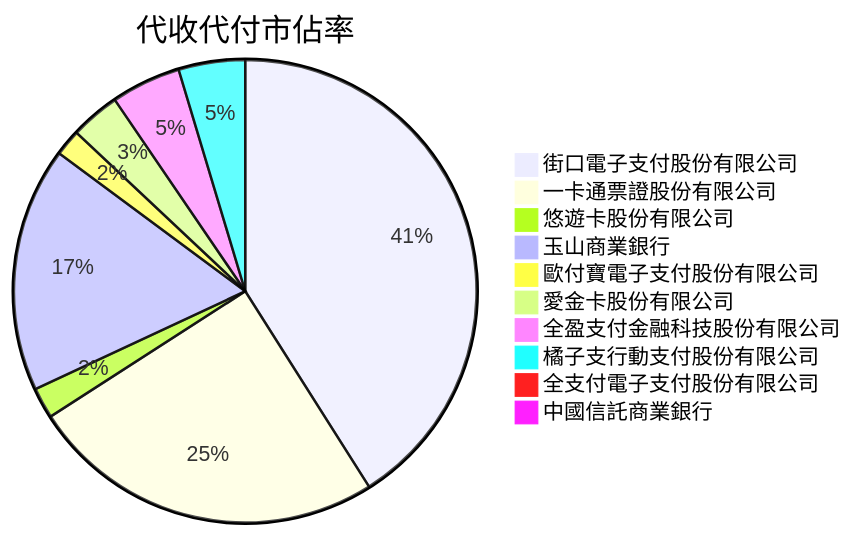
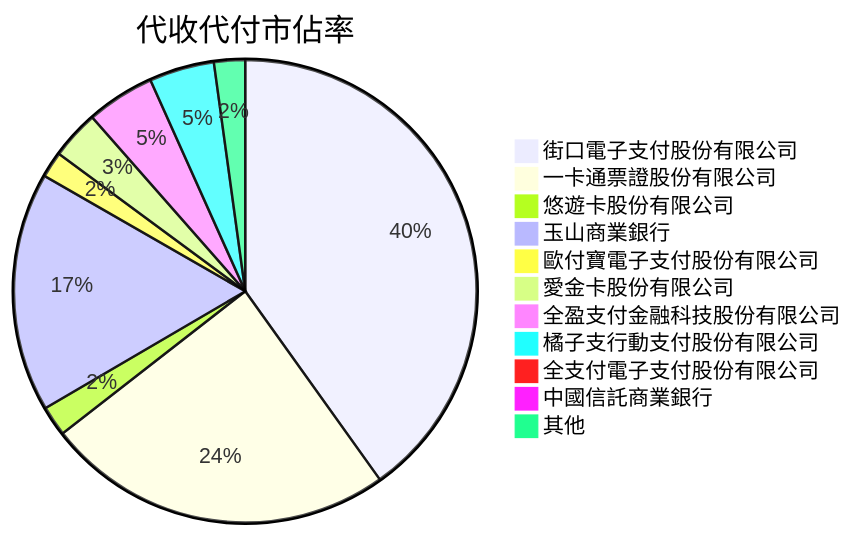
One commit to MichaelNien/ElectronicPaymentInstitutionsAnalyze changed the second of 5 diagrams in report/11108.md. Above: the diagram before and after it, drawn with Mermaid. The commit also changed other lines of this file, not shown here.

````diff
--- a/report/11108.md
+++ b/report/11108.md
@@ -50,13 +51,14 @@
 ```mermaid
 pie title 代收代付市佔率
     "街口電子支付股份有限公司" : 3455470
     "一卡通票證股份有限公司" : 2096648
     "悠遊卡股份有限公司" : 181686
     "玉山商業銀行" : 1440133
     "歐付寶電子支付股份有限公司" : 156612
     "愛金卡股份有限公司" : 292580
     "全盈支付金融科技股份有限公司" : 410674
     "橘子支行動支付股份有限公司" : 391426
     "全支付電子支付股份有限公司" : 60458
     "中國信託商業銀行" : 23711
+    "其他" : 187023
 ```
````
